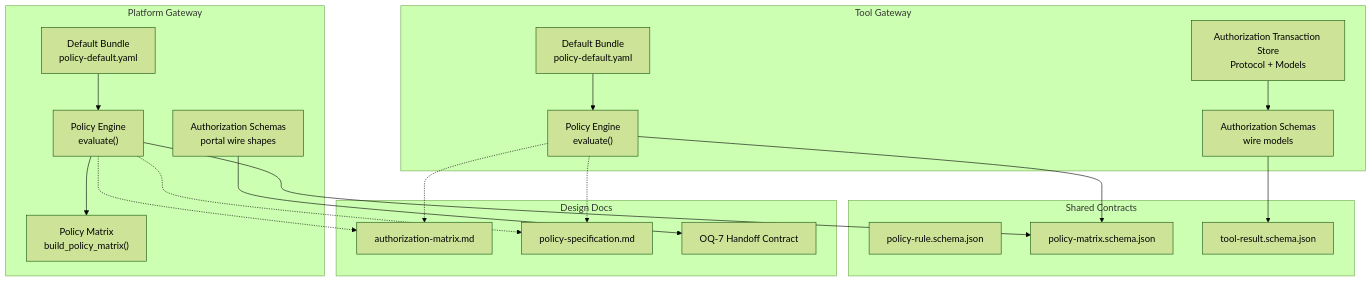
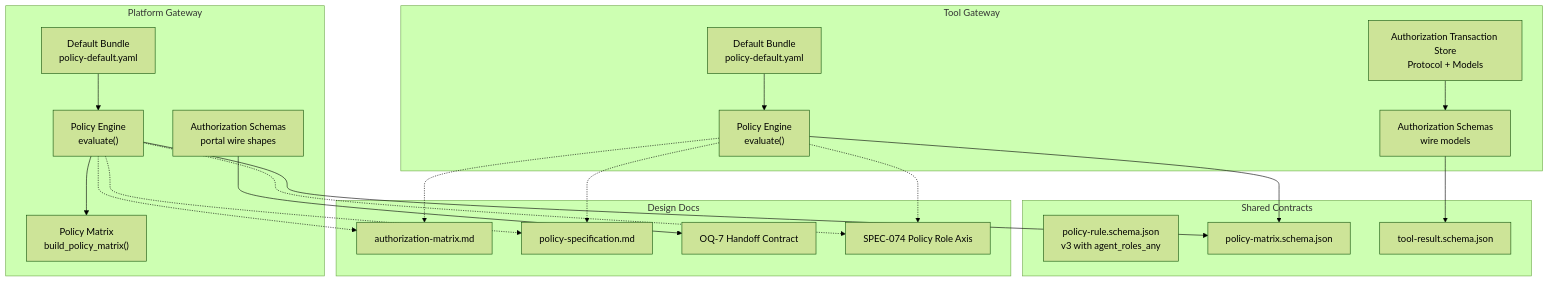
The first of 16 diagrams in .qoder/repowiki/en/content/Core Services/Platform Gateway/Policy Engine and Authorization.md (metasync/luban-aiops), drawn with Mermaid (forest theme) before and after one commit. The commit also changed other lines of this file and 128 other files, not shown here.

````diff
--- a/.qoder/repowiki/en/content/Core Services/Platform Gateway/Policy Engine and Authorization.md
+++ b/.qoder/repowiki/en/content/Core Services/Platform Gateway/Policy Engine and Authorization.md
@@ -55,37 +64,40 @@
 ```mermaid
 graph TB
 subgraph "Platform Gateway"
 PGE["Policy Engine<br/>evaluate()"]
 PMX["Policy Matrix<br/>build_policy_matrix()"]
 POLY["Default Bundle<br/>policy-default.yaml"]
 PGW_AUTH["Authorization Schemas<br/>portal wire shapes"]
 end
 subgraph "Tool Gateway"
 TGE["Policy Engine<br/>evaluate()"]
 TOLY["Default Bundle<br/>policy-default.yaml"]
 AUTH_TX["Authorization Transaction Store<br/>Protocol + Models"]
 AUTH_SCHEMA["Authorization Schemas<br/>wire models"]
 end
 subgraph "Shared Contracts"
-SCHEMA_RULE["policy-rule.schema.json"]
+SCHEMA_RULE["policy-rule.schema.json<br/>v3 with agent_roles_any"]
 SCHEMA_MATRIX["policy-matrix.schema.json"]
 TOOL_RESULT["tool-result.schema.json"]
 end
 subgraph "Design Docs"
 AUTHZ["authorization-matrix.md"]
 POLSPEC["policy-specification.md"]
 OQ7["OQ-7 Handoff Contract"]
+SPEC074["SPEC-074 Policy Role Axis"]
 end
 POLY --> PGE
 TOLY --> TGE
 PGE --> PMX
 PGE --> SCHEMA_MATRIX
 TGE --> SCHEMA_MATRIX
 AUTH_TX --> AUTH_SCHEMA
 AUTH_SCHEMA --> TOOL_RESULT
 PGW_AUTH --> OQ7
 PGE -.-> AUTHZ
 TGE -.-> AUTHZ
 PGE -.-> POLSPEC
 TGE -.-> POLSPEC
+PGE -.-> SPEC074
+TGE -.-> SPEC074
 ```
````
